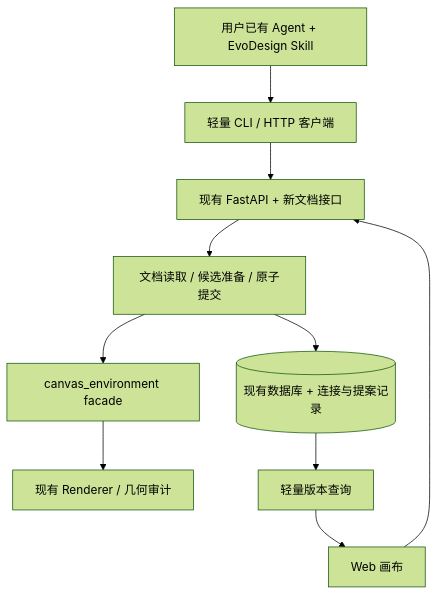
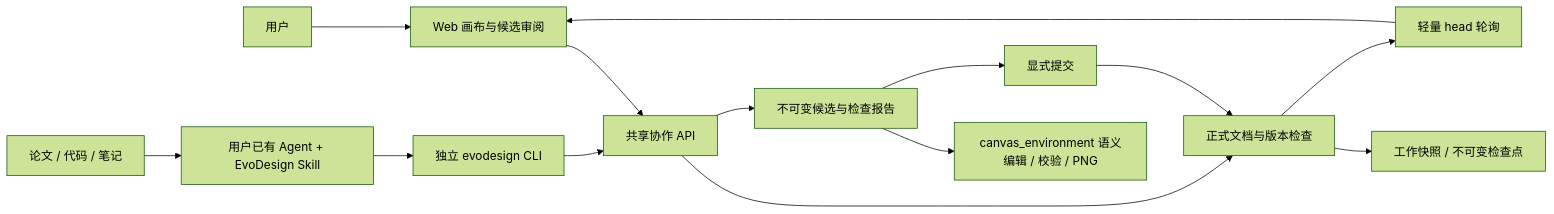
Before and after one commit to GeminiLight/EvoDesign: the diagram in wiki/specs/spec-agent-cli-v1.md, drawn with Mermaid (forest theme). The commit also changed other lines of this file and 42 other files, not shown here.

````diff
--- a/wiki/specs/spec-agent-cli-v1.md
+++ b/wiki/specs/spec-agent-cli-v1.md
@@ -40,12 +11,16 @@
 ```mermaid
-flowchart TB
-  A[用户已有 Agent + EvoDesign Skill] --> C[轻量 CLI / HTTP 客户端]
-  W[Web 画布] --> API[现有 FastAPI + 新文档接口]
-  C --> API
-  API --> D[文档读取 / 候选准备 / 原子提交]
-  D --> DB[(现有数据库 + 连接与提案记录)]
-  D --> CAN[canvas_environment facade]
-  CAN --> R[现有 Renderer / 几何审计]
-  DB --> H[轻量版本查询]
-  H --> W
+flowchart LR
+  Human[用户] --> Web[Web 画布与候选审阅]
+  Material[论文 / 代码 / 笔记] --> Agent[用户已有 Agent + EvoDesign Skill]
+  Agent --> CLI[独立 evodesign CLI]
+  Web --> API[共享协作 API]
+  CLI --> API
+  API --> Document[正式文档与版本检查]
+  API --> Candidate[不可变候选与检查报告]
+  Candidate --> Canvas[canvas_environment 语义编辑 / 校验 / PNG]
+  Candidate --> Commit[显式提交]
+  Commit --> Document
+  Document --> History[工作快照 / 不可变检查点]
+  Document --> Poll[轻量 head 轮询]
+  Poll --> Web
 ```
````
